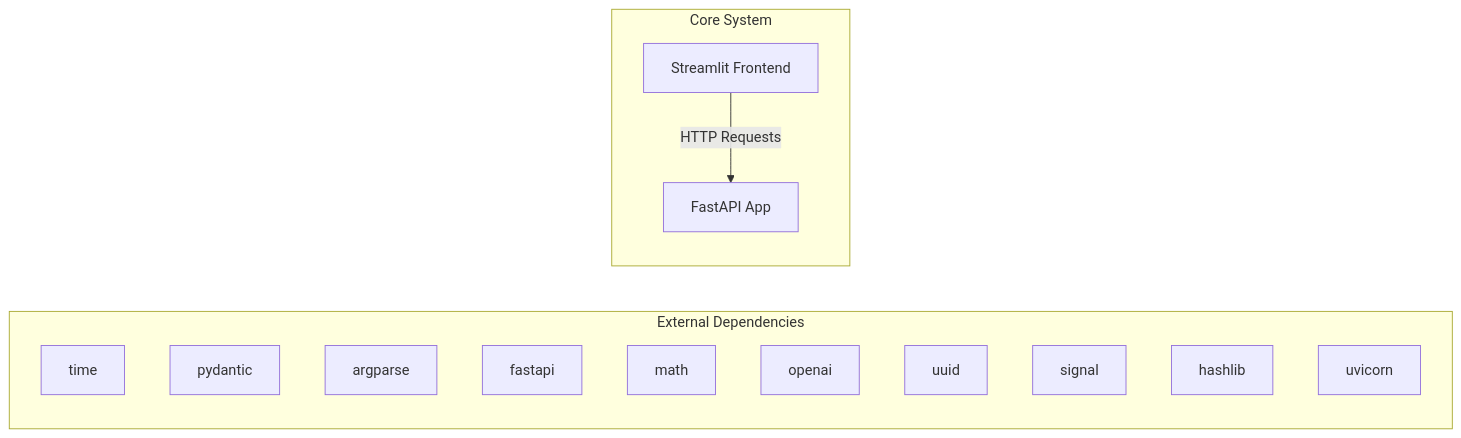
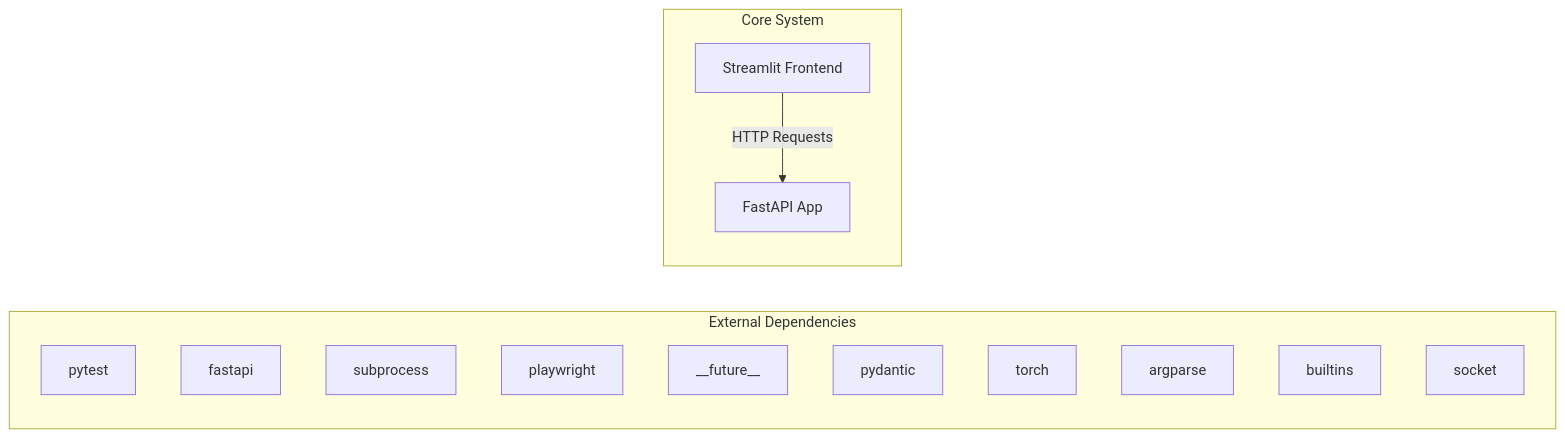
Before and after one commit to NITISH-R-G/rag-context-optimizer: the first of 2 diagrams in docs/architecture.md, drawn with Mermaid. The commit also changed 1 other file, not shown here.

Commit message:
docs: auto-update repository knowledge, architecture diagrams, and documentation

````diff
--- a/docs/architecture.md
+++ b/docs/architecture.md
@@ -7,20 +7,20 @@
 ```mermaid
 graph LR
     subgraph External Dependencies
-        E0["time"]
-        E1["pydantic"]
-        E2["argparse"]
-        E3["fastapi"]
-        E4["math"]
-        E5["openai"]
-        E6["uuid"]
-        E7["signal"]
-        E8["hashlib"]
-        E9["uvicorn"]
+        E0["pytest"]
+        E1["fastapi"]
+        E2["subprocess"]
+        E3["playwright"]
+        E4["__future__"]
+        E5["pydantic"]
+        E6["torch"]
+        E7["argparse"]
+        E8["builtins"]
+        E9["socket"]
     end
     subgraph Core System
         API["FastAPI App"]
         UI["Streamlit Frontend"]
     end
     UI -->|HTTP Requests| API
 ```
````
